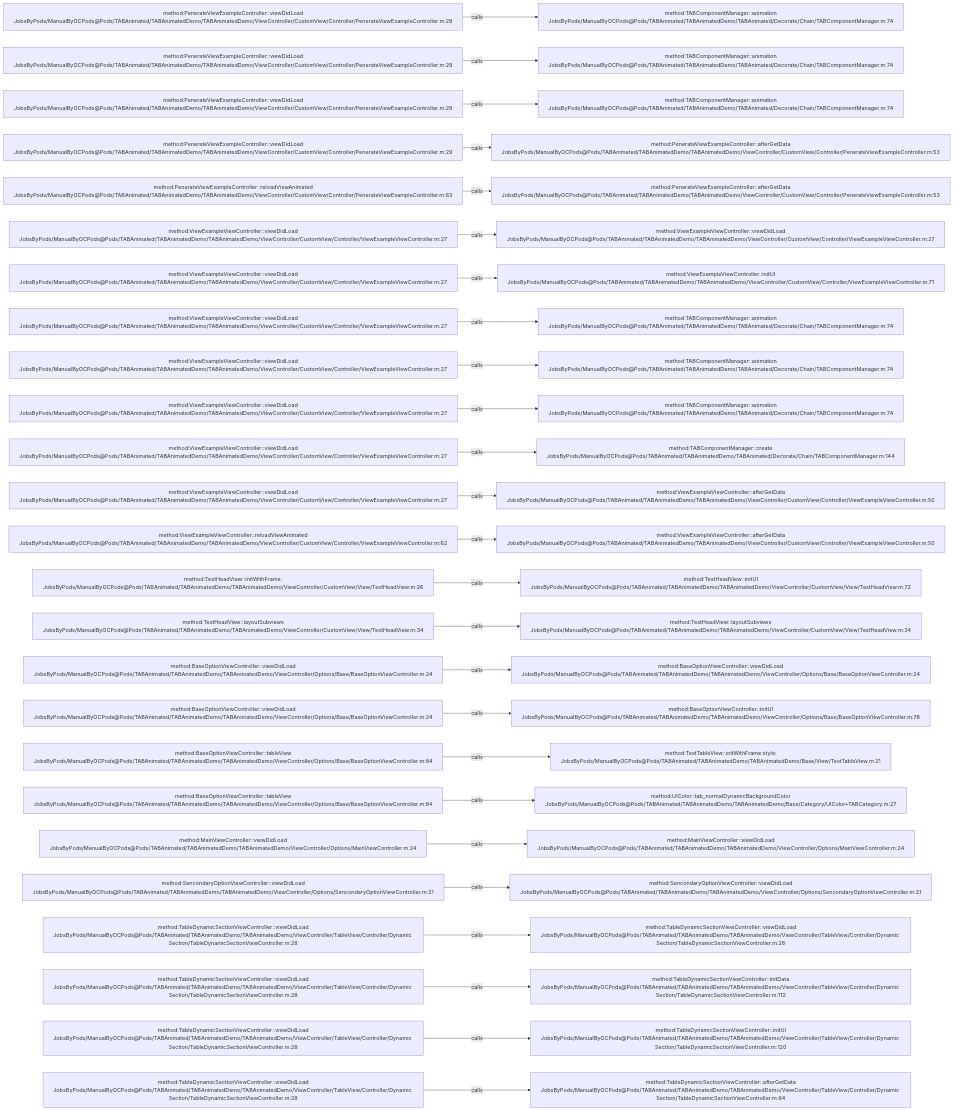
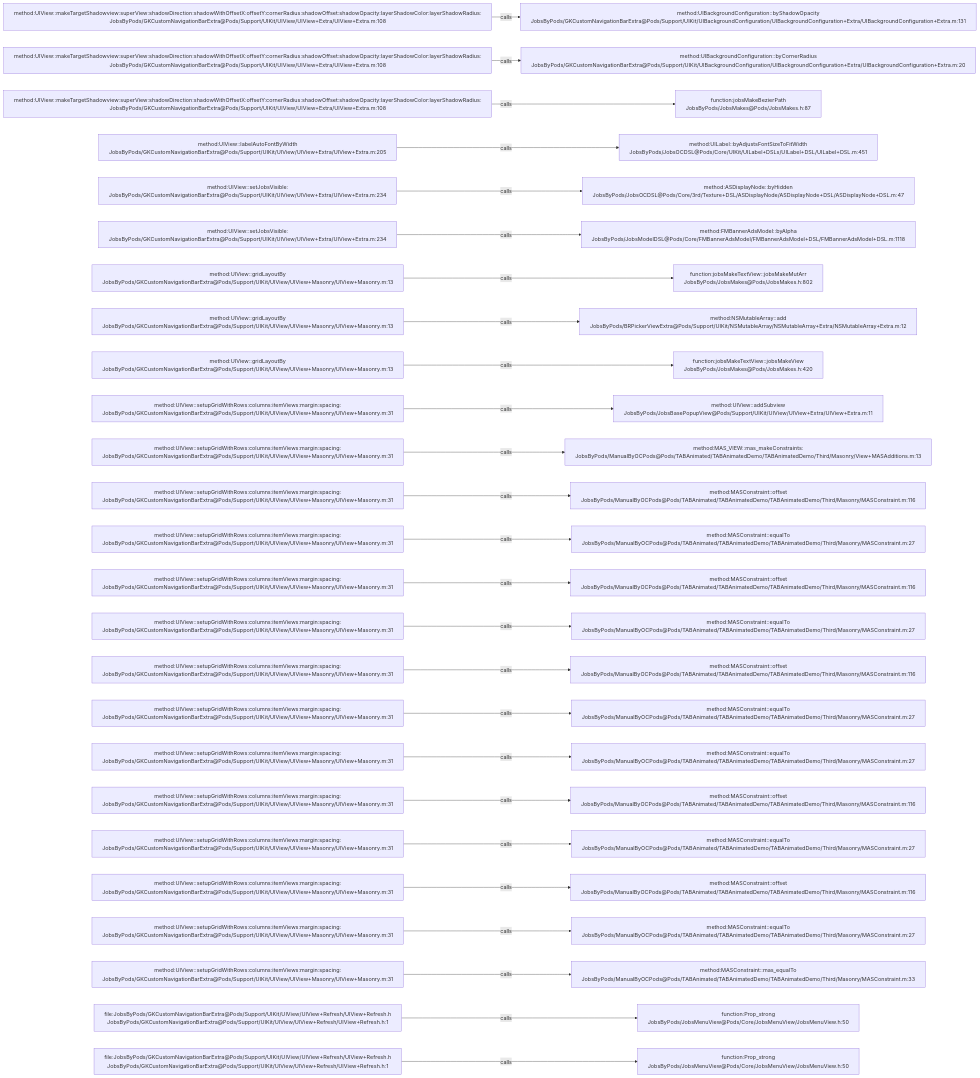
The diagram in .codegraph/codegraph.md/graphs/calls-041.md (JobsKits/JobsOCBaseConfigDemo), drawn with Mermaid before and after one commit. The commit also changed 768 other files, not shown here.

````diff
--- a/.codegraph/codegraph.md/graphs/calls-041.md
+++ b/.codegraph/codegraph.md/graphs/calls-041.md
@@ -13,78 +13,78 @@
 ```mermaid
 flowchart LR
-  S1["method:PenerateViewExampleController::viewDidLoad<br/>JobsByPods/ManualByOCPods@Pods/TABAnimated/TABAnimatedDemo/TABAnimatedDemo/ViewController/CustomView/Controller/PenerateViewExampleController.m:29"]
-  T1["method:TABComponentManager::animation<br/>JobsByPods/ManualByOCPods@Pods/TABAnimated/TABAnimatedDemo/TABAnimated/Decorate/Chain/TABComponentManager.m:74"]
+  S1["method:UIView::makeTargetShadowview:superView:shadowDirection:shadowWithOffsetX:offsetY:cornerRadius:shadowOffset:shadowOpacity:layerShadowColor:layerShadowRadius:<br/>JobsByPods/GKCustomNavigationBarExtra@Pods/Support/UIKit/UIView/UIView+Extra/UIView+Extra.m:108"]
+  T1["method:UIBackgroundConfiguration::byShadowOpacity<br/>JobsByPods/GKCustomNavigationBarExtra@Pods/Support/UIKit/UIBackgroundConfiguration/UIBackgroundConfiguration+Extra/UIBackgroundConfiguration+Extra.m:131"]
   S1 -->|calls| T1
-  S2["method:PenerateViewExampleController::viewDidLoad<br/>JobsByPods/ManualByOCPods@Pods/TABAnimated/TABAnimatedDemo/TABAnimatedDemo/ViewController/CustomView/Controller/PenerateViewExampleController.m:29"]
-  T2["method:TABComponentManager::animation<br/>JobsByPods/ManualByOCPods@Pods/TABAnimated/TABAnimatedDemo/TABAnimated/Decorate/Chain/TABComponentManager.m:74"]
+  S2["method:UIView::makeTargetShadowview:superView:shadowDirection:shadowWithOffsetX:offsetY:cornerRadius:shadowOffset:shadowOpacity:layerShadowColor:layerShadowRadius:<br/>JobsByPods/GKCustomNavigationBarExtra@Pods/Support/UIKit/UIView/UIView+Extra/UIView+Extra.m:108"]
+  T2["method:UIBackgroundConfiguration::byCornerRadius<br/>JobsByPods/GKCustomNavigationBarExtra@Pods/Support/UIKit/UIBackgroundConfiguration/UIBackgroundConfiguration+Extra/UIBackgroundConfiguration+Extra.m:20"]
   S2 -->|calls| T2
-  S3["method:PenerateViewExampleController::viewDidLoad<br/>JobsByPods/ManualByOCPods@Pods/TABAnimated/TABAnimatedDemo/TABAnimatedDemo/ViewController/CustomView/Controller/PenerateViewExampleController.m:29"]
-  T3["method:TABComponentManager::animation<br/>JobsByPods/ManualByOCPods@Pods/TABAnimated/TABAnimatedDemo/TABAnimated/Decorate/Chain/TABComponentManager.m:74"]
+  S3["method:UIView::makeTargetShadowview:superView:shadowDirection:shadowWithOffsetX:offsetY:cornerRadius:shadowOffset:shadowOpacity:layerShadowColor:layerShadowRadius:<br/>JobsByPods/GKCustomNavigationBarExtra@Pods/Support/UIKit/UIView/UIView+Extra/UIView+Extra.m:108"]
+  T3["function:jobsMakeBezierPath<br/>JobsByPods/JobsMakes@Pods/JobsMakes.h:87"]
   S3 -->|calls| T3
-  S4["method:PenerateViewExampleController::viewDidLoad<br/>JobsByPods/ManualByOCPods@Pods/TABAnimated/TABAnimatedDemo/TABAnimatedDemo/ViewController/CustomView/Controller/PenerateViewExampleController.m:29"]
-  T4["method:PenerateViewExampleController::afterGetData<br/>JobsByPods/ManualByOCPods@Pods/TABAnimated/TABAnimatedDemo/TABAnimatedDemo/ViewController/CustomView/Controller/PenerateViewExampleController.m:53"]
+  S4["method:UIView::labelAutoFontByWidth<br/>JobsByPods/GKCustomNavigationBarExtra@Pods/Support/UIKit/UIView/UIView+Extra/UIView+Extra.m:205"]
+  T4["method:UILabel::byAdjustsFontSizeToFitWidth<br/>JobsByPods/JobsOCDSL@Pods/Core/UIKit/UILabel+DSLs/UILabel+DSL/UILabel+DSL.m:451"]
   S4 -->|calls| T4
-  S5["method:PenerateViewExampleController::reloadViewAnimated<br/>JobsByPods/ManualByOCPods@Pods/TABAnimated/TABAnimatedDemo/TABAnimatedDemo/ViewController/CustomView/Controller/PenerateViewExampleController.m:63"]
-  T5["method:PenerateViewExampleController::afterGetData<br/>JobsByPods/ManualByOCPods@Pods/TABAnimated/TABAnimatedDemo/TABAnimatedDemo/ViewController/CustomView/Controller/PenerateViewExampleController.m:53"]
+  S5["method:UIView::setJobsVisible:<br/>JobsByPods/GKCustomNavigationBarExtra@Pods/Support/UIKit/UIView/UIView+Extra/UIView+Extra.m:234"]
+  T5["method:ASDisplayNode::byHidden<br/>JobsByPods/JobsOCDSL@Pods/Core/3rd/Texture+DSL/ASDisplayNode/ASDisplayNode+DSL/ASDisplayNode+DSL.m:47"]
   S5 -->|calls| T5
-  S6["method:ViewExampleViewController::viewDidLoad<br/>JobsByPods/ManualByOCPods@Pods/TABAnimated/TABAnimatedDemo/TABAnimatedDemo/ViewController/CustomView/Controller/ViewExampleViewController.m:27"]
-  T6["method:ViewExampleViewController::viewDidLoad<br/>JobsByPods/ManualByOCPods@Pods/TABAnimated/TABAnimatedDemo/TABAnimatedDemo/ViewController/CustomView/Controller/ViewExampleViewController.m:27"]
+  S6["method:UIView::setJobsVisible:<br/>JobsByPods/GKCustomNavigationBarExtra@Pods/Support/UIKit/UIView/UIView+Extra/UIView+Extra.m:234"]
+  T6["method:FMBannerAdsModel::byAlpha<br/>JobsByPods/JobsModelDSL@Pods/Core/FMBannerAdsModel/FMBannerAdsModel+DSL/FMBannerAdsModel+DSL.m:1118"]
   S6 -->|calls| T6
-  S7["method:ViewExampleViewController::viewDidLoad<br/>JobsByPods/ManualByOCPods@Pods/TABAnimated/TABAnimatedDemo/TABAnimatedDemo/ViewController/CustomView/Controller/ViewExampleViewController.m:27"]
-  T7["method:ViewExampleViewController::initUI<br/>JobsByPods/ManualByOCPods@Pods/TABAnimated/TABAnimatedDemo/TABAnimatedDemo/ViewController/CustomView/Controller/ViewExampleViewController.m:71"]
+  S7["method:UIView::gridLayoutBy<br/>JobsByPods/GKCustomNavigationBarExtra@Pods/Support/UIKit/UIView/UIView+Masonry/UIView+Masonry.m:13"]
+  T7["function:jobsMakeTextView::jobsMakeMutArr<br/>JobsByPods/JobsMakes@Pods/JobsMakes.h:802"]
   S7 -->|calls| T7
-  S8["method:ViewExampleViewController::viewDidLoad<br/>JobsByPods/ManualByOCPods@Pods/TABAnimated/TABAnimatedDemo/TABAnimatedDemo/ViewController/CustomView/Controller/ViewExampleViewController.m:27"]
-  T8["method:TABComponentManager::animation<br/>JobsByPods/ManualByOCPods@Pods/TABAnimated/TABAnimatedDemo/TABAnimated/Decorate/Chain/TABComponentManager.m:74"]
+  S8["method:UIView::gridLayoutBy<br/>JobsByPods/GKCustomNavigationBarExtra@Pods/Support/UIKit/UIView/UIView+Masonry/UIView+Masonry.m:13"]
+  T8["method:NSMutableArray::add<br/>JobsByPods/BRPickerViewExtra@Pods/Support/UIKit/NSMutableArray/NSMutableArray+Extra/NSMutableArray+Extra.m:12"]
   S8 -->|calls| T8
-  S9["method:ViewExampleViewController::viewDidLoad<br/>JobsByPods/ManualByOCPods@Pods/TABAnimated/TABAnimatedDemo/TABAnimatedDemo/ViewController/CustomView/Controller/ViewExampleViewController.m:27"]
-  T9["method:TABComponentManager::animation<br/>JobsByPods/ManualByOCPods@Pods/TABAnimated/TABAnimatedDemo/TABAnimated/Decorate/Chain/TABComponentManager.m:74"]
+  S9["method:UIView::gridLayoutBy<br/>JobsByPods/GKCustomNavigationBarExtra@Pods/Support/UIKit/UIView/UIView+Masonry/UIView+Masonry.m:13"]
+  T9["function:jobsMakeTextView::jobsMakeView<br/>JobsByPods/JobsMakes@Pods/JobsMakes.h:420"]
   S9 -->|calls| T9
-  S10["method:ViewExampleViewController::viewDidLoad<br/>JobsByPods/ManualByOCPods@Pods/TABAnimated/TABAnimatedDemo/TABAnimatedDemo/ViewController/CustomView/Controller/ViewExampleViewController.m:27"]
-  T10["method:TABComponentManager::animation<br/>JobsByPods/ManualByOCPods@Pods/TABAnimated/TABAnimatedDemo/TABAnimated/Decorate/Chain/TABComponentManager.m:74"]
+  S10["method:UIView::setupGridWithRows:columns:itemViews:margin:spacing:<br/>JobsByPods/GKCustomNavigationBarExtra@Pods/Support/UIKit/UIView/UIView+Masonry/UIView+Masonry.m:31"]
+  T10["method:UIView::addSubview<br/>JobsByPods/JobsBasePopupView@Pods/Support/UIKit/UIView/UIView+Extra/UIView+Extra.m:11"]
   S10 -->|calls| T10
-  S11["method:ViewExampleViewController::viewDidLoad<br/>JobsByPods/ManualByOCPods@Pods/TABAnimated/TABAnimatedDemo/TABAnimatedDemo/ViewController/CustomView/Controller/ViewExampleViewController.m:27"]
-  T11["method:TABComponentManager::create<br/>JobsByPods/ManualByOCPods@Pods/TABAnimated/TABAnimatedDemo/TABAnimated/Decorate/Chain/TABComponentManager.m:144"]
+  S11["method:UIView::setupGridWithRows:columns:itemViews:margin:spacing:<br/>JobsByPods/GKCustomNavigationBarExtra@Pods/Support/UIKit/UIView/UIView+Masonry/UIView+Masonry.m:31"]
+  T11["method:MAS_VIEW::mas_makeConstraints:<br/>JobsByPods/ManualByOCPods@Pods/TABAnimated/TABAnimatedDemo/TABAnimatedDemo/Third/Masonry/View+MASAdditions.m:13"]
   S11 -->|calls| T11
-  S12["method:ViewExampleViewController::viewDidLoad<br/>JobsByPods/ManualByOCPods@Pods/TABAnimated/TABAnimatedDemo/TABAnimatedDemo/ViewController/CustomView/Controller/ViewExampleViewController.m:27"]
-  T12["method:ViewExampleViewController::afterGetData<br/>JobsByPods/ManualByOCPods@Pods/TABAnimated/TABAnimatedDemo/TABAnimatedDemo/ViewController/CustomView/Controller/ViewExampleViewController.m:50"]
+  S12["method:UIView::setupGridWithRows:columns:itemViews:margin:spacing:<br/>JobsByPods/GKCustomNavigationBarExtra@Pods/Support/UIKit/UIView/UIView+Masonry/UIView+Masonry.m:31"]
+  T12["method:MASConstraint::offset<br/>JobsByPods/ManualByOCPods@Pods/TABAnimated/TABAnimatedDemo/TABAnimatedDemo/Third/Masonry/MASConstraint.m:116"]
   S12 -->|calls| T12
-  S13["method:ViewExampleViewController::reloadViewAnimated<br/>JobsByPods/ManualByOCPods@Pods/TABAnimated/TABAnimatedDemo/TABAnimatedDemo/ViewController/CustomView/Controller/ViewExampleViewController.m:62"]
-  T13["method:ViewExampleViewController::afterGetData<br/>JobsByPods/ManualByOCPods@Pods/TABAnimated/TABAnimatedDemo/TABAnimatedDemo/ViewController/CustomView/Controller/ViewExampleViewController.m:50"]
+  S13["method:UIView::setupGridWithRows:columns:itemViews:margin:spacing:<br/>JobsByPods/GKCustomNavigationBarExtra@Pods/Support/UIKit/UIView/UIView+Masonry/UIView+Masonry.m:31"]
+  T13["method:MASConstraint::equalTo<br/>JobsByPods/ManualByOCPods@Pods/TABAnimated/TABAnimatedDemo/TABAnimatedDemo/Third/Masonry/MASConstraint.m:27"]
   S13 -->|calls| T13
-  S14["method:TestHeadView::initWithFrame:<br/>JobsByPods/ManualByOCPods@Pods/TABAnimated/TABAnimatedDemo/TABAnimatedDemo/ViewController/CustomView/View/TestHeadView.m:26"]
-  T14["method:TestHeadView::initUI<br/>JobsByPods/ManualByOCPods@Pods/TABAnimated/TABAnimatedDemo/TABAnimatedDemo/ViewController/CustomView/View/TestHeadView.m:72"]
+  S14["method:UIView::setupGridWithRows:columns:itemViews:margin:spacing:<br/>JobsByPods/GKCustomNavigationBarExtra@Pods/Support/UIKit/UIView/UIView+Masonry/UIView+Masonry.m:31"]
+  T14["method:MASConstraint::offset<br/>JobsByPods/ManualByOCPods@Pods/TABAnimated/TABAnimatedDemo/TABAnimatedDemo/Third/Masonry/MASConstraint.m:116"]
   S14 -->|calls| T14
-  S15["method:TestHeadView::layoutSubviews<br/>JobsByPods/ManualByOCPods@Pods/TABAnimated/TABAnimatedDemo/TABAnimatedDemo/ViewController/CustomView/View/TestHeadView.m:34"]
-  T15["method:TestHeadView::layoutSubviews<br/>JobsByPods/ManualByOCPods@Pods/TABAnimated/TABAnimatedDemo/TABAnimatedDemo/ViewController/CustomView/View/TestHeadView.m:34"]
+  S15["method:UIView::setupGridWithRows:columns:itemViews:margin:spacing:<br/>JobsByPods/GKCustomNavigationBarExtra@Pods/Support/UIKit/UIView/UIView+Masonry/UIView+Masonry.m:31"]
+  T15["method:MASConstraint::equalTo<br/>JobsByPods/ManualByOCPods@Pods/TABAnimated/TABAnimatedDemo/TABAnimatedDemo/Third/Masonry/MASConstraint.m:27"]
   S15 -->|calls| T15
-  S16["method:BaseOptionViewController::viewDidLoad<br/>JobsByPods/ManualByOCPods@Pods/TABAnimated/TABAnimatedDemo/TABAnimatedDemo/ViewController/Options/Base/BaseOptionViewController.m:24"]
-  T16["method:BaseOptionViewController::viewDidLoad<br/>JobsByPods/ManualByOCPods@Pods/TABAnimated/TABAnimatedDemo/TABAnimatedDemo/ViewController/Options/Base/BaseOptionViewController.m:24"]
+  S16["method:UIView::setupGridWithRows:columns:itemViews:margin:spacing:<br/>JobsByPods/GKCustomNavigationBarExtra@Pods/Support/UIKit/UIView/UIView+Masonry/UIView+Masonry.m:31"]
+  T16["method:MASConstraint::offset<br/>JobsByPods/ManualByOCPods@Pods/TABAnimated/TABAnimatedDemo/TABAnimatedDemo/Third/Masonry/MASConstraint.m:116"]
   S16 -->|calls| T16
-  S17["method:BaseOptionViewController::viewDidLoad<br/>JobsByPods/ManualByOCPods@Pods/TABAnimated/TABAnimatedDemo/TABAnimatedDemo/ViewController/Options/Base/BaseOptionViewController.m:24"]
-  T17["method:BaseOptionViewController::initUI<br/>JobsByPods/ManualByOCPods@Pods/TABAnimated/TABAnimatedDemo/TABAnimatedDemo/ViewController/Options/Base/BaseOptionViewController.m:78"]
+  S17["method:UIView::setupGridWithRows:columns:itemViews:margin:spacing:<br/>JobsByPods/GKCustomNavigationBarExtra@Pods/Support/UIKit/UIView/UIView+Masonry/UIView+Masonry.m:31"]
+  T17["method:MASConstraint::equalTo<br/>JobsByPods/ManualByOCPods@Pods/TABAnimated/TABAnimatedDemo/TABAnimatedDemo/Third/Masonry/MASConstraint.m:27"]
   S17 -->|calls| T17
-  S18["method:BaseOptionViewController::tableView<br/>JobsByPods/ManualByOCPods@Pods/TABAnimated/TABAnimatedDemo/TABAnimatedDemo/ViewController/Options/Base/BaseOptionViewController.m:84"]
-  T18["method:TestTableView::initWithFrame:style:<br/>JobsByPods/ManualByOCPods@Pods/TABAnimated/TABAnimatedDemo/TABAnimatedDemo/Base/View/TestTableView.m:21"]
+  S18["method:UIView::setupGridWithRows:columns:itemViews:margin:spacing:<br/>JobsByPods/GKCustomNavigationBarExtra@Pods/Support/UIKit/UIView/UIView+Masonry/UIView+Masonry.m:31"]
+  T18["method:MASConstraint::equalTo<br/>JobsByPods/ManualByOCPods@Pods/TABAnimated/TABAnimatedDemo/TABAnimatedDemo/Third/Masonry/MASConstraint.m:27"]
   S18 -->|calls| T18
-  S19["method:BaseOptionViewController::tableView<br/>JobsByPods/ManualByOCPods@Pods/TABAnimated/TABAnimatedDemo/TABAnimatedDemo/ViewController/Options/Base/BaseOptionViewController.m:84"]
-  T19["method:UIColor::tab_normalDynamicBackgroundColor<br/>JobsByPods/ManualByOCPods@Pods/TABAnimated/TABAnimatedDemo/TABAnimatedDemo/Base/Category/UIColor+TABCategory.m:27"]
+  S19["method:UIView::setupGridWithRows:columns:itemViews:margin:spacing:<br/>JobsByPods/GKCustomNavigationBarExtra@Pods/Support/UIKit/UIView/UIView+Masonry/UIView+Masonry.m:31"]
+  T19["method:MASConstraint::offset<br/>JobsByPods/ManualByOCPods@Pods/TABAnimated/TABAnimatedDemo/TABAnimatedDemo/Third/Masonry/MASConstraint.m:116"]
   S19 -->|calls| T19
-  S20["method:MainViewController::viewDidLoad<br/>JobsByPods/ManualByOCPods@Pods/TABAnimated/TABAnimatedDemo/TABAnimatedDemo/ViewController/Options/MainViewController.m:24"]
-  T20["method:MainViewController::viewDidLoad<br/>JobsByPods/ManualByOCPods@Pods/TABAnimated/TABAnimatedDemo/TABAnimatedDemo/ViewController/Options/MainViewController.m:24"]
+  S20["method:UIView::setupGridWithRows:columns:itemViews:margin:spacing:<br/>JobsByPods/GKCustomNavigationBarExtra@Pods/Support/UIKit/UIView/UIView+Masonry/UIView+Masonry.m:31"]
+  T20["method:MASConstraint::equalTo<br/>JobsByPods/ManualByOCPods@Pods/TABAnimated/TABAnimatedDemo/TABAnimatedDemo/Third/Masonry/MASConstraint.m:27"]
   S20 -->|calls| T20
-  S21["method:SencondaryOptionViewController::viewDidLoad<br/>JobsByPods/ManualByOCPods@Pods/TABAnimated/TABAnimatedDemo/TABAnimatedDemo/ViewController/Options/SencondaryOptionViewController.m:21"]
-  T21["method:SencondaryOptionViewController::viewDidLoad<br/>JobsByPods/ManualByOCPods@Pods/TABAnimated/TABAnimatedDemo/TABAnimatedDemo/ViewController/Options/SencondaryOptionViewController.m:21"]
+  S21["method:UIView::setupGridWithRows:columns:itemViews:margin:spacing:<br/>JobsByPods/GKCustomNavigationBarExtra@Pods/Support/UIKit/UIView/UIView+Masonry/UIView+Masonry.m:31"]
+  T21["method:MASConstraint::offset<br/>JobsByPods/ManualByOCPods@Pods/TABAnimated/TABAnimatedDemo/TABAnimatedDemo/Third/Masonry/MASConstraint.m:116"]
   S21 -->|calls| T21
-  S22["method:TableDynamicSectionViewController::viewDidLoad<br/>JobsByPods/ManualByOCPods@Pods/TABAnimated/TABAnimatedDemo/TABAnimatedDemo/ViewController/TableView/Controller/Dynamic Section/TableDynamicSectionViewController.m:28"]
-  T22["method:TableDynamicSectionViewController::viewDidLoad<br/>JobsByPods/ManualByOCPods@Pods/TABAnimated/TABAnimatedDemo/TABAnimatedDemo/ViewController/TableView/Controller/Dynamic Section/TableDynamicSectionViewController.m:28"]
+  S22["method:UIView::setupGridWithRows:columns:itemViews:margin:spacing:<br/>JobsByPods/GKCustomNavigationBarExtra@Pods/Support/UIKit/UIView/UIView+Masonry/UIView+Masonry.m:31"]
+  T22["method:MASConstraint::equalTo<br/>JobsByPods/ManualByOCPods@Pods/TABAnimated/TABAnimatedDemo/TABAnimatedDemo/Third/Masonry/MASConstraint.m:27"]
   S22 -->|calls| T22
-  S23["method:TableDynamicSectionViewController::viewDidLoad<br/>JobsByPods/ManualByOCPods@Pods/TABAnimated/TABAnimatedDemo/TABAnimatedDemo/ViewController/TableView/Controller/Dynamic Section/TableDynamicSectionViewController.m:28"]
-  T23["method:TableDynamicSectionViewController::initData<br/>JobsByPods/ManualByOCPods@Pods/TABAnimated/TABAnimatedDemo/TABAnimatedDemo/ViewController/TableView/Controller/Dynamic Section/TableDynamicSectionViewController.m:112"]
+  S23["method:UIView::setupGridWithRows:columns:itemViews:margin:spacing:<br/>JobsByPods/GKCustomNavigationBarExtra@Pods/Support/UIKit/UIView/UIView+Masonry/UIView+Masonry.m:31"]
+  T23["method:MASConstraint::mas_equalTo<br/>JobsByPods/ManualByOCPods@Pods/TABAnimated/TABAnimatedDemo/TABAnimatedDemo/Third/Masonry/MASConstraint.m:33"]
   S23 -->|calls| T23
-  S24["method:TableDynamicSectionViewController::viewDidLoad<br/>JobsByPods/ManualByOCPods@Pods/TABAnimated/TABAnimatedDemo/TABAnimatedDemo/ViewController/TableView/Controller/Dynamic Section/TableDynamicSectionViewController.m:28"]
-  T24["method:TableDynamicSectionViewController::initUI<br/>JobsByPods/ManualByOCPods@Pods/TABAnimated/TABAnimatedDemo/TABAnimatedDemo/ViewController/TableView/Controller/Dynamic Section/TableDynamicSectionViewController.m:120"]
+  S24["file:JobsByPods/GKCustomNavigationBarExtra@Pods/Support/UIKit/UIView/UIView+Refresh/UIView+Refresh.h<br/>JobsByPods/GKCustomNavigationBarExtra@Pods/Support/UIKit/UIView/UIView+Refresh/UIView+Refresh.h:1"]
+  T24["function:Prop_strong<br/>JobsByPods/JobsMenuView@Pods/Core/JobsMenuView/JobsMenuView.h:50"]
   S24 -->|calls| T24
-  S25["method:TableDynamicSectionViewController::viewDidLoad<br/>JobsByPods/ManualByOCPods@Pods/TABAnimated/TABAnimatedDemo/TABAnimatedDemo/ViewController/TableView/Controller/Dynamic Section/TableDynamicSectionViewController.m:28"]
-  T25["method:TableDynamicSectionViewController::afterGetData<br/>JobsByPods/ManualByOCPods@Pods/TABAnimated/TABAnimatedDemo/TABAnimatedDemo/ViewController/TableView/Controller/Dynamic Section/TableDynamicSectionViewController.m:64"]
+  S25["file:JobsByPods/GKCustomNavigationBarExtra@Pods/Support/UIKit/UIView/UIView+Refresh/UIView+Refresh.h<br/>JobsByPods/GKCustomNavigationBarExtra@Pods/Support/UIKit/UIView/UIView+Refresh/UIView+Refresh.h:1"]
+  T25["function:Prop_strong<br/>JobsByPods/JobsMenuView@Pods/Core/JobsMenuView/JobsMenuView.h:50"]
   S25 -->|calls| T25
 ```
````
